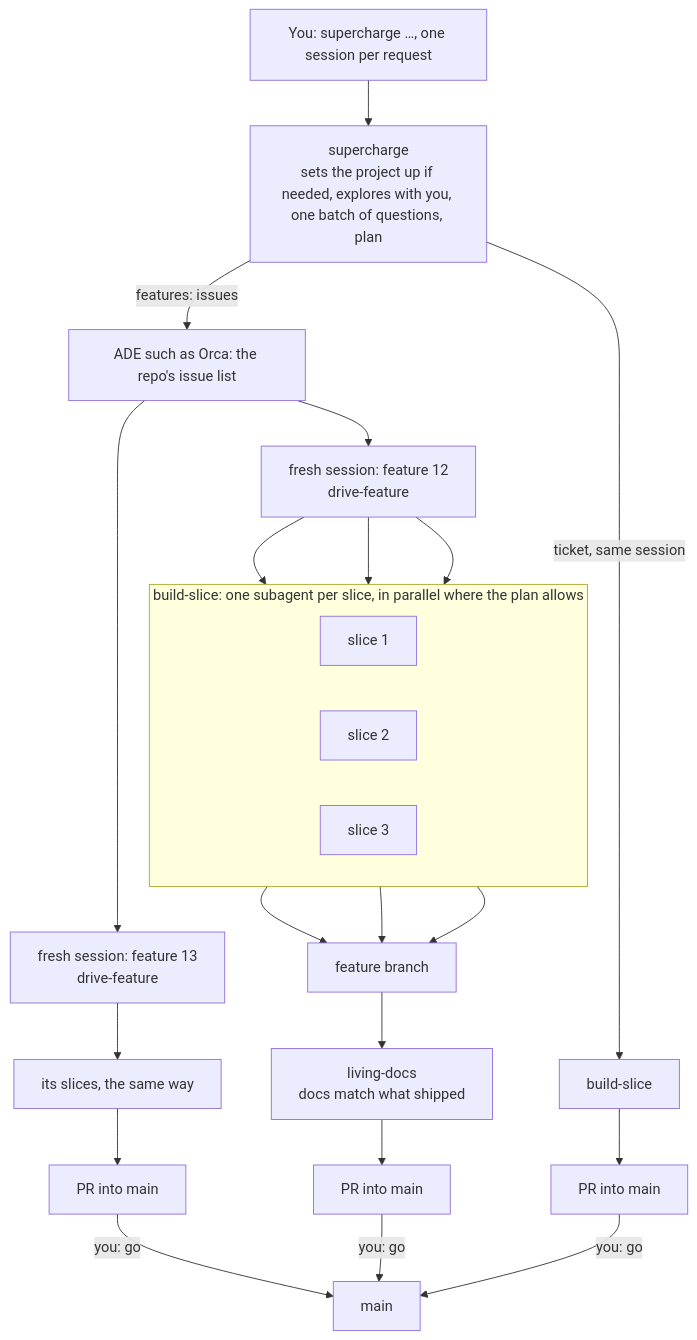
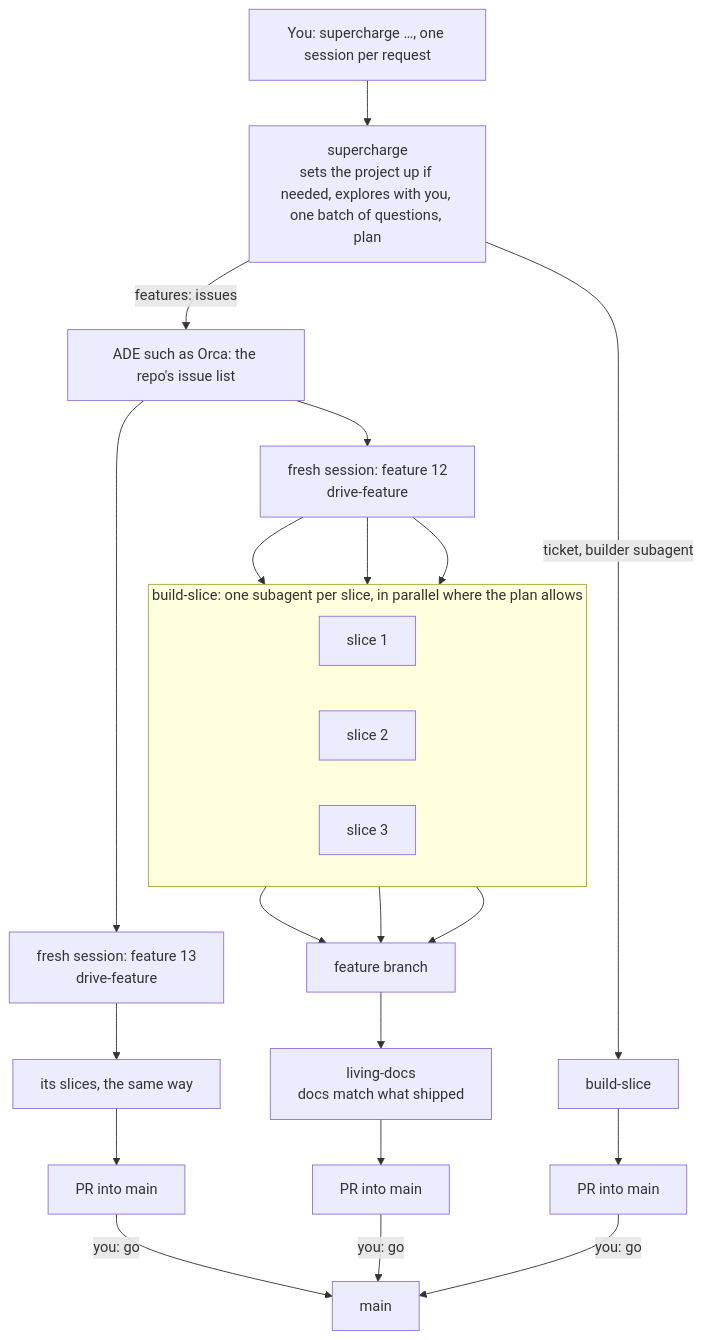
The diagram in README.md (po2studio/supercharge), drawn with Mermaid before and after one commit. The commit also changed other lines of this file and 3 other files, not shown here.

Commit message:
Build tickets in a builder subagent, not the planning session

````diff
--- a/README.md
+++ b/README.md
@@ -46,20 +46,20 @@
 ```mermaid
 flowchart TB
     Y["You: supercharge …, one session per request"] --> P["supercharge<br>sets the project up if needed, explores with you, one batch of questions, plan"]
-    P -->|"ticket, same session"| T["build-slice"]
+    P -->|"ticket, builder subagent"| T["build-slice"]
     P -->|"features: issues"| O["ADE such as Orca: the repo's issue list"]
     O --> F2["fresh session: feature 13<br>drive-feature"]
     O --> F1["fresh session: feature 12<br>drive-feature"]
     F2 --> F2s["its slices, the same way"] --> PR2["PR into main"]
     subgraph S ["build-slice: one subagent per slice, in parallel where the plan allows"]
         direction LR
         A1["slice 1"]
         A2["slice 2"]
         A3["slice 3"]
     end
     F1 --> A1 & A2 & A3
     A1 & A2 & A3 --> B["feature branch"]
     B --> L["living-docs<br>docs match what shipped"] --> PR1["PR into main"]
     T --> PR3["PR into main"]
     PR2 & PR1 & PR3 -->|"you: go"| M["main"]
 ```
````
